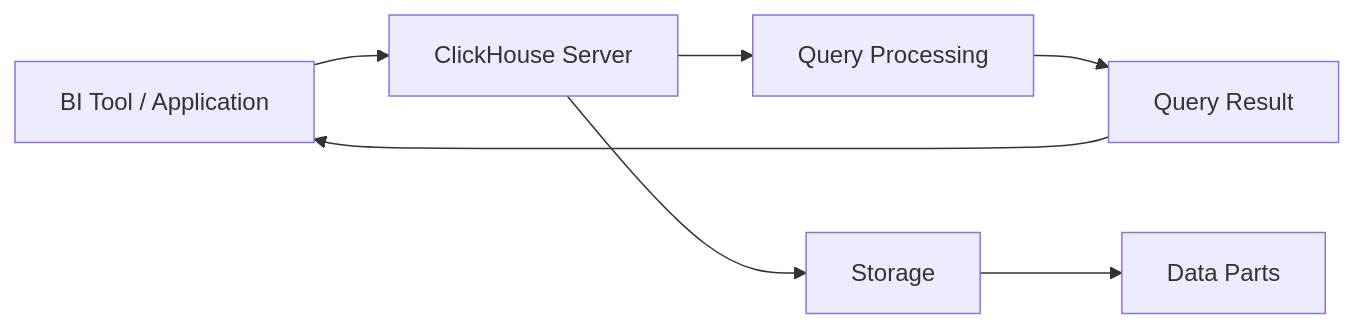
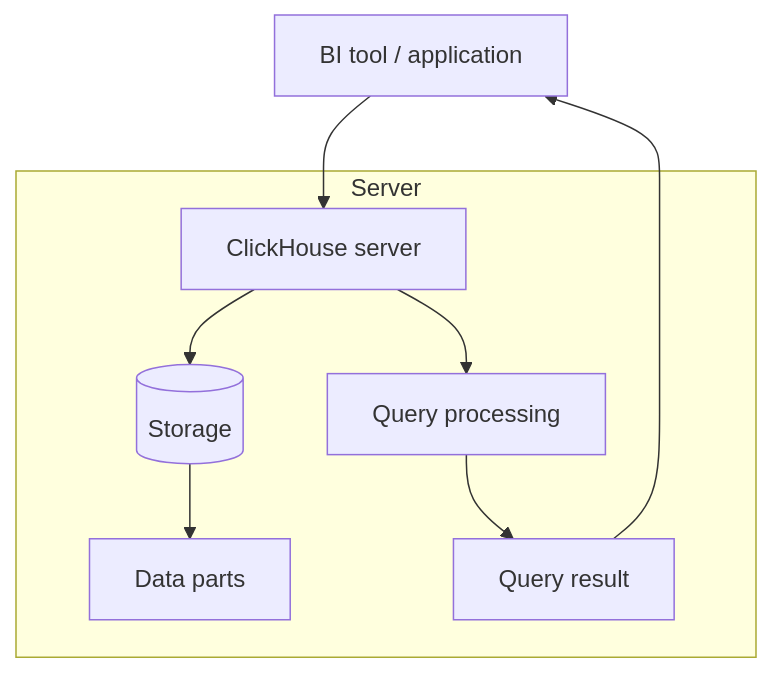
Before and after one commit to atingupta2005/clickhouse-grafana-analytics-reporting: the third of 10 diagrams in sessions/01-architecture-and-data-modeling/notes.md, drawn with Mermaid. The commit also changed other lines of this file and 9 other files, not shown here.

First line of the commit message:
Add Session 01 colorful SVG diagrams and richer Mermaid.

````diff
--- a/sessions/01-architecture-and-data-modeling/notes.md
+++ b/sessions/01-architecture-and-data-modeling/notes.md
@@ -145,9 +178,13 @@
 ```mermaid
-flowchart LR
-    A[BI Tool / Application] --> B[ClickHouse Server]
-    B --> C[Query Processing]
-    B --> D[Storage]
-    D --> E[Data Parts]
-    C --> F[Query Result]
+flowchart TB
+    A[BI tool / application] --> B[ClickHouse server]
+
+    subgraph Server
+        B --> C[Query processing]
+        B --> D[(Storage)]
+        D --> E[Data parts]
+        C --> F[Query result]
+    end
+
     F --> A
 ```
````
